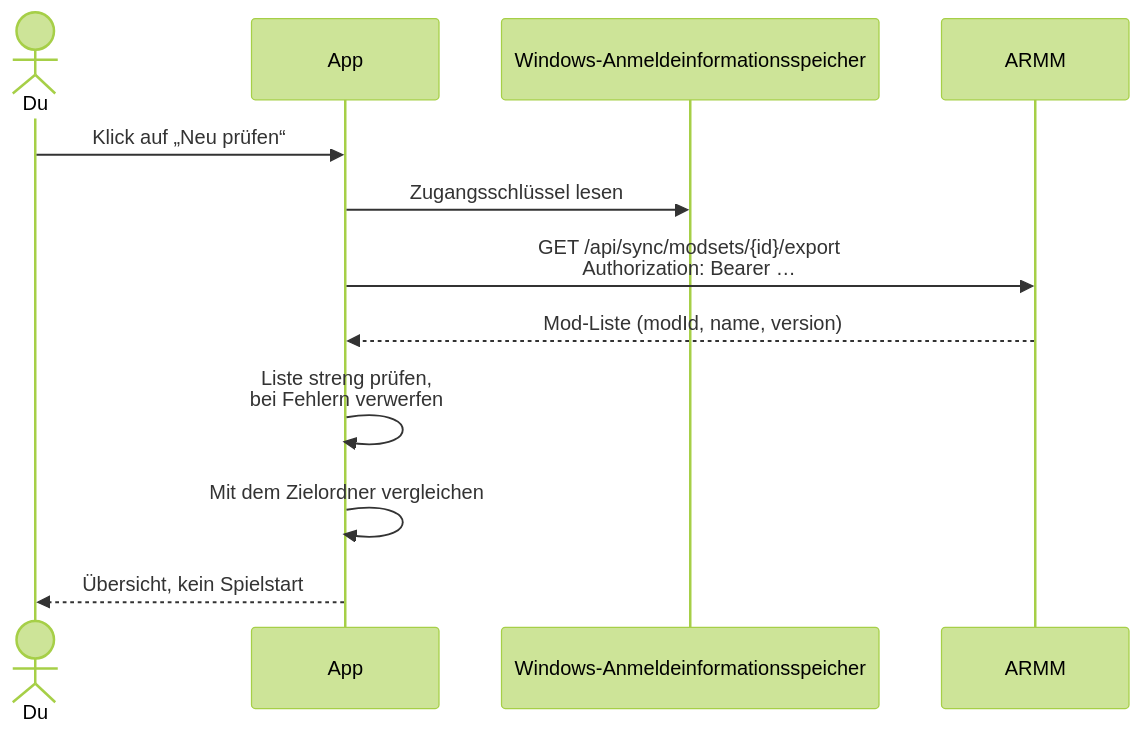
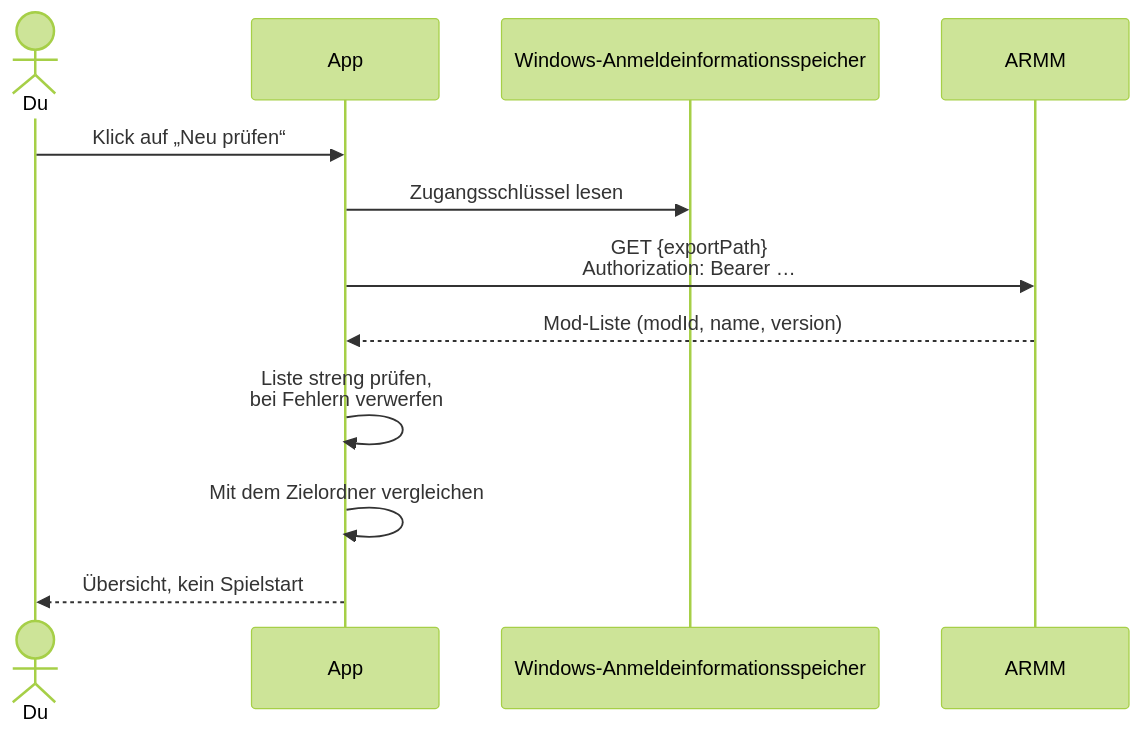
Before and after one commit to morok101st/Arma-Reforger-Local-Manager: the second of 4 diagrams in README.md, drawn with Mermaid (forest theme). The commit also changed other lines of this file and 9 other files, not shown here.

First line of the commit message:
ARMM: Abrufpfad kommt als Pflichtfeld exportPath aus der Importdatei

````diff
--- a/README.md
+++ b/README.md
@@ -193,15 +193,15 @@
 ```mermaid
 sequenceDiagram
     actor N as Du
     participant A as App
     participant W as Windows-Anmeldeinformationsspeicher
     participant R as ARMM
 
     N->>A: Klick auf „Neu prüfen“
     A->>W: Zugangsschlüssel lesen
-    A->>R: GET /api/sync/modsets/{id}/export<br/>Authorization: Bearer …
+    A->>R: GET {exportPath}<br/>Authorization: Bearer …
     R-->>A: Mod-Liste (modId, name, version)
     A->>A: Liste streng prüfen,<br/>bei Fehlern verwerfen
     A->>A: Mit dem Zielordner vergleichen
     A-->>N: Übersicht, kein Spielstart
 ```
````
